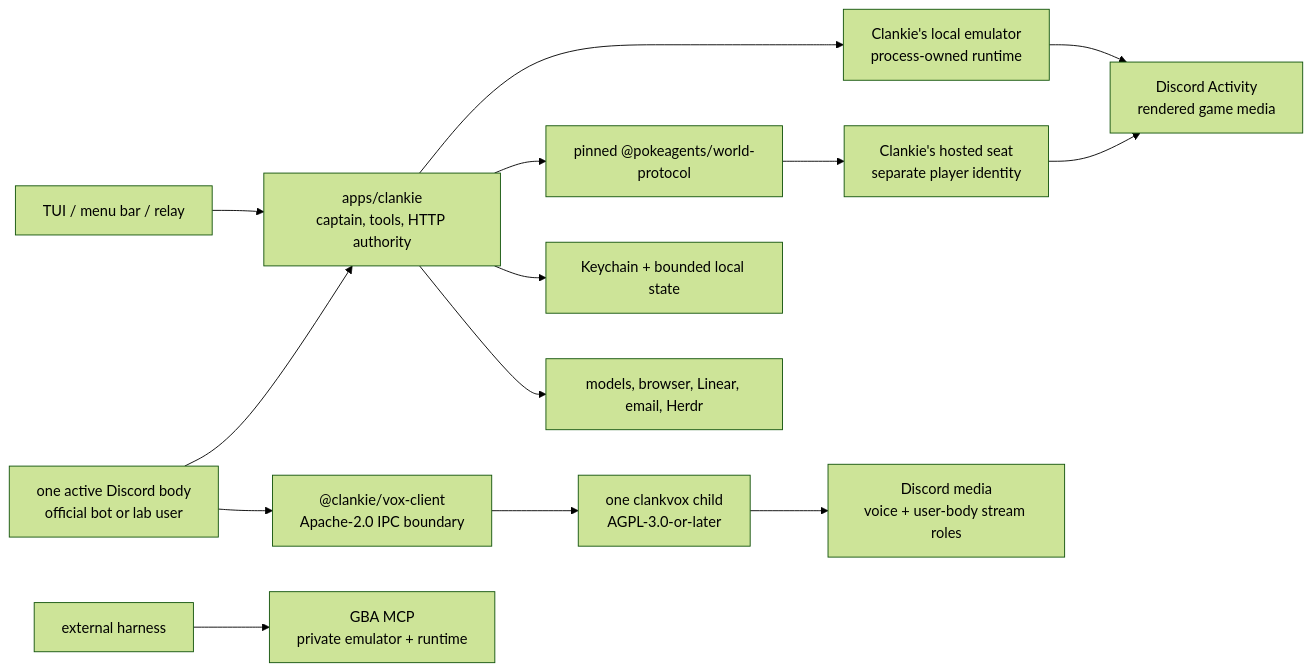
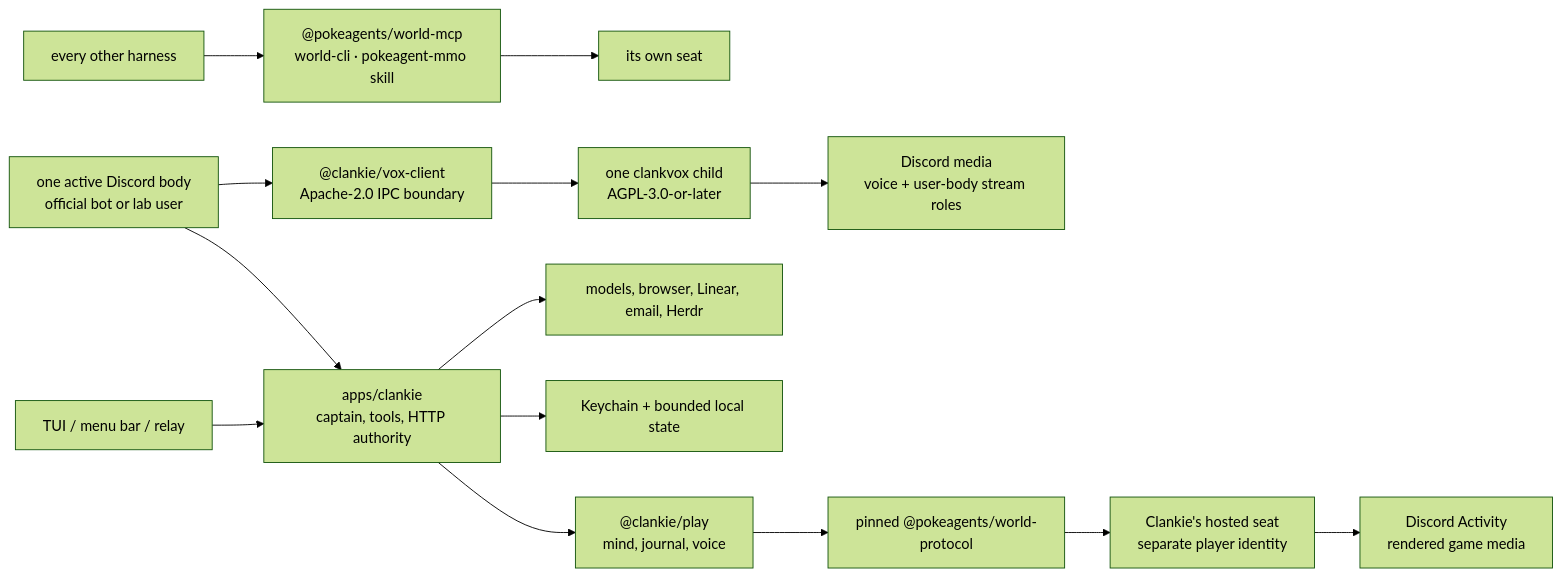
One commit to Volpestyle/clankie changed the diagram in docs/architecture.md. Above: the diagram before and after it, drawn with Mermaid (forest theme). The commit also changed other lines of this file and 146 other files, not shown here.

````diff
--- a/docs/architecture.md
+++ b/docs/architecture.md
@@ -7,15 +7,13 @@
 ```mermaid
 flowchart LR
   TUI["TUI / menu bar / relay"] --> Service["apps/clankie<br/>captain, tools, HTTP authority"]
   Body["one active Discord body<br/>official bot or lab user"] --> Service
   Body --> Client["@clankie/vox-client<br/>Apache-2.0 IPC boundary"]
   Client --> Vox["one clankvox child<br/>AGPL-3.0-or-later"]
   Vox --> Media["Discord media<br/>voice + user-body stream roles"]
-  Service --> Local["Clankie's local emulator<br/>process-owned runtime"]
-  Service --> Contract["pinned @pokeagents/world-protocol"] --> Seat["Clankie's hosted seat<br/>separate player identity"]
-  Local --> Activity["Discord Activity<br/>rendered game media"]
-  Seat --> Activity
-  Harness["external harness"] --> GbaMcp["GBA MCP<br/>private emulator + runtime"]
+  Service --> Mind["@clankie/play<br/>mind, journal, voice"] --> Contract["pinned @pokeagents/world-protocol"] --> Seat["Clankie's hosted seat<br/>separate player identity"]
+  Seat --> Activity["Discord Activity<br/>rendered game media"]
+  Harness["every other harness"] --> Doors["@pokeagents/world-mcp<br/>world-cli · pokeagent-mmo skill"] --> OtherSeat["its own seat"]
   Service --> State["Keychain + bounded local state"]
   Service --> External["models, browser, Linear, email, Herdr"]
 ```
````
